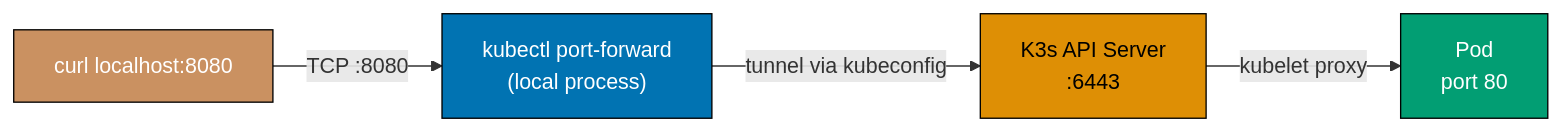
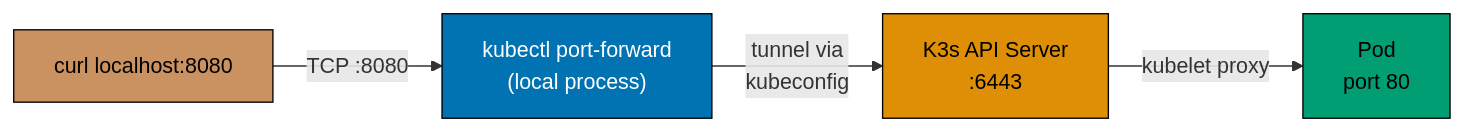
The fifth of 9 diagrams in apps/ayokoding-www/content/en/learn/legacy/software-engineering/infrastructure/tools/k3s/by-example/beginner.md (wahidyankf/ose-public), drawn with Mermaid before and after one commit. The commit also changed other lines of this file and 131 other files, not shown here.

First line of the commit message:
fix(mermaid): bring the legacy data, infrastructure, and testing diagrams onto the accessible palette

````diff
--- a/apps/ayokoding-www/content/en/learn/legacy/software-engineering/infrastructure/tools/k3s/by-example/beginner.md
+++ b/apps/ayokoding-www/content/en/learn/legacy/software-engineering/infrastructure/tools/k3s/by-example/beginner.md
@@ -754,17 +780,24 @@
 ```mermaid
 %% Color Palette: Blue #0173B2, Orange #DE8F05, Teal #029E73, Purple #CC78BC, Brown #CA9161
 graph LR
+    accTitle: Example 15: Port-Forward to a Pod or Service
+    accDescr: Graph with 4 nodes and 3 connections. Nodes: curl localhost:8080, kubectl port-forward (local process), K3s API Server :6443, Pod port 80. Connections: curl localhost:8080 to kubectl port-forward (local process) (TCP :8080), kubectl port-forward (local process) to K3s API Server :6443 (tunnel via kubeconfig), K3s API Server :6443 to Pod port 80 (kubelet proxy).
     CURL["curl localhost:8080"]
     KCF["kubectl port-forward<br/>(local process)"]
     API["K3s API Server<br/>:6443"]
     POD["Pod<br/>port 80"]
 
     CURL -->|"TCP :8080"| KCF
-    KCF -->|"tunnel via kubeconfig"| API
+    KCF -->|"tunnel via<br/>kubeconfig"| API
     API -->|"kubelet proxy"| POD
 
-    style CURL fill:#CA9161,stroke:#000,color:#fff
-    style KCF fill:#0173B2,stroke:#000,color:#fff
-    style API fill:#DE8F05,stroke:#000,color:#000
-    style POD fill:#029E73,stroke:#000,color:#fff
+    classDef pal-CA9161 fill:#CA9161,stroke:#000000,color:#000000
+    class CURL pal-CA9161
+    classDef pal-0173B2 fill:#0173B2,stroke:#000000,color:#FFFFFF
+    class KCF pal-0173B2
+    classDef pal-DE8F05 fill:#DE8F05,stroke:#000000,color:#000000
+    class API pal-DE8F05
+    classDef pal-029E73 fill:#029E73,stroke:#000000,color:#000000
+    class POD pal-029E73
+    classDef default fill:#FFFFFF,stroke:#000000,color:#000000
 ```
````
